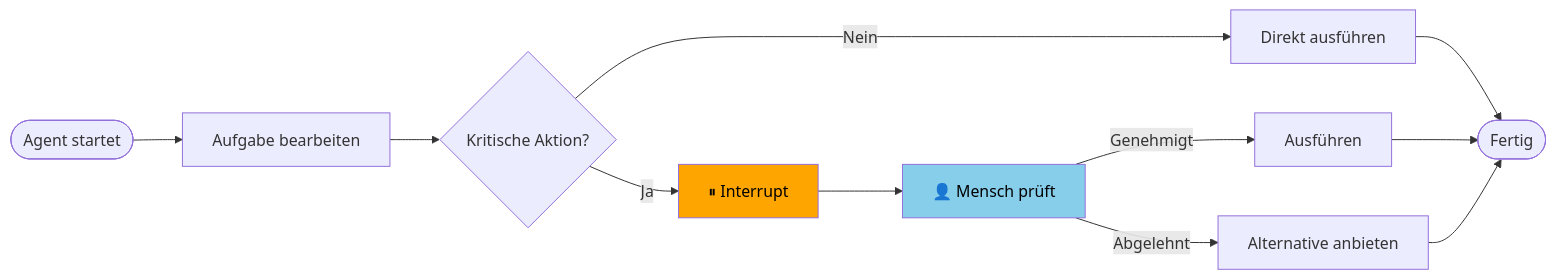
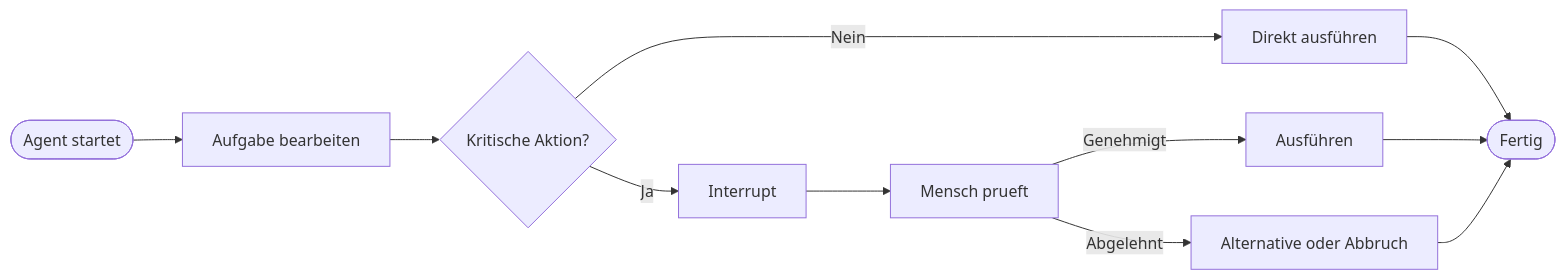
Before and after one commit to ralf-42/Agenten: the first of 2 diagrams in docs/concepts/Human_in_the_Loop.md, drawn with Mermaid. The commit also changed other lines of this file and 15 other files, not shown here.

````diff
--- a/docs/concepts/Human_in_the_Loop.md
+++ b/docs/concepts/Human_in_the_Loop.md
@@ -91,16 +75,13 @@
 ```mermaid
 flowchart LR
     A([Agent startet]) --> B[Aufgabe bearbeiten]
     B --> C{Kritische Aktion?}
     C -->|Nein| D[Direkt ausführen]
-    C -->|Ja| E[⏸ Interrupt]
-    E --> F[👤 Mensch prüft]
+    C -->|Ja| E[Interrupt]
+    E --> F[Mensch prueft]
     F -->|Genehmigt| G[Ausführen]
-    F -->|Abgelehnt| H[Alternative anbieten]
+    F -->|Abgelehnt| H[Alternative oder Abbruch]
     D --> I([Fertig])
     G --> I
     H --> I
-
-    style E fill:#FFA500,color:#000
-    style F fill:#87CEEB,color:#000
 ```
````
